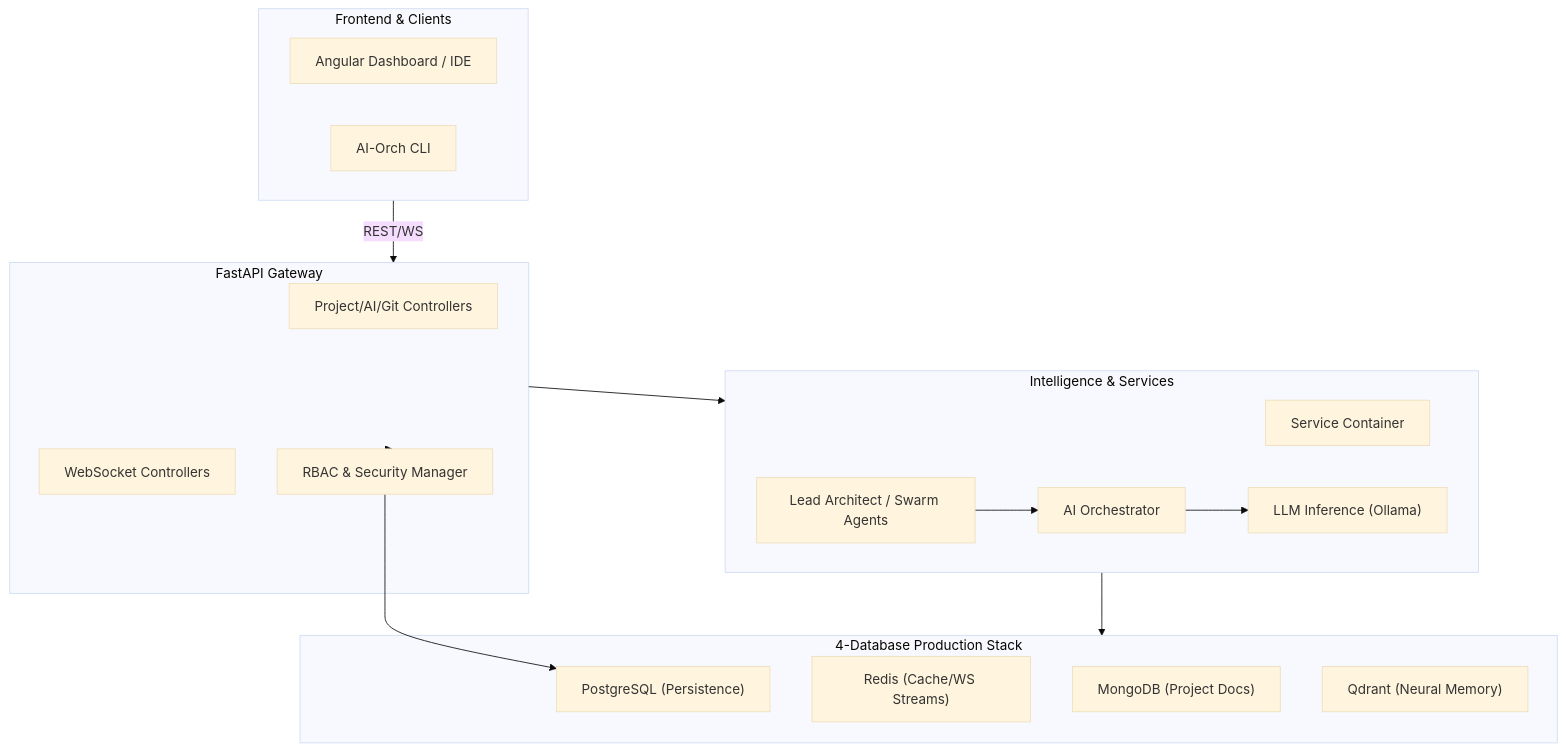
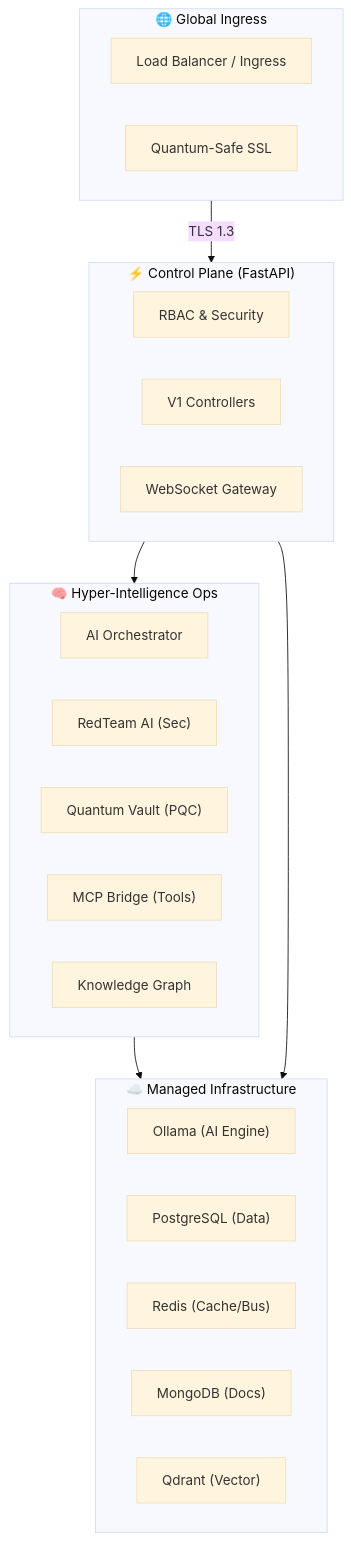
The diagram in README.md (MahmoudCalipso/ai-orchestrator), drawn with Mermaid (base theme) before and after one commit. The commit also changed other lines of this file and 12 other files, not shown here.

````diff
--- a/README.md
+++ b/README.md
@@ -16,35 +17,34 @@
 ```mermaid
 graph TD
-    subgraph Client_Layer["Frontend & Clients"]
-        UI["Angular Dashboard / IDE"]
-        CLI["AI-Orch CLI"]
+    subgraph Ingress_Layer["🌐 Global Ingress"]
+        LB["Load Balancer / Ingress"]
+        SSL["Quantum-Safe SSL"]
     end
 
-    subgraph API_Layer["FastAPI Gateway"]
-        CONT["Project/AI/Git Controllers"]
-        WS["WebSocket Controllers"]
-        SEC["RBAC & Security Manager"]
+    subgraph API_Layer["⚡ Control Plane (FastAPI)"]
+        AUTH["RBAC & Security"]
+        CONT["V1 Controllers"]
+        WS["WebSocket Gateway"]
     end
 
-    subgraph Logic_Layer["Intelligence & Services"]
-        CONTAINER["Service Container"]
+    subgraph Intelligence_Core["🧠 Hyper-Intelligence Ops"]
         ORCH["AI Orchestrator"]
-        SWARM["Lead Architect / Swarm Agents"]
-        MODELS["LLM Inference (Ollama)"]
+        RED["RedTeam AI (Sec)"]
+        QV["Quantum Vault (PQC)"]
+        MCP["MCP Bridge (Tools)"]
+        KG["Knowledge Graph"]
     end
 
-    subgraph Data_Layer["4-Database Production Stack"]
-        PG["PostgreSQL (Persistence)"]
-        REDIS["Redis (Cache/WS Streams)"]
-        MONGO["MongoDB (Project Docs)"]
-        QDRANT["Qdrant (Neural Memory)"]
+    subgraph Infrastructure_Layer["☁️ Managed Infrastructure"]
+        OLLAMA["Ollama (AI Engine)"]
+        PG["PostgreSQL (Data)"]
+        REDIS["Redis (Cache/Bus)"]
+        MONGO["MongoDB (Docs)"]
+        QDRANT["Qdrant (Vector)"]
     end
 
-    Client_Layer -->|REST/WS| API_Layer
-    API_Layer --> SEC
-    API_Layer --> Logic_Layer
-    SEC --> PG
-    Logic_Layer --> Data_Layer
-    ORCH --> MODELS
-    SWARM --> ORCH
+    Ingress_Layer -->|TLS 1.3| API_Layer
+    API_Layer --> Intelligence_Core
+    Intelligence_Core --> Infrastructure_Layer
+    API_Layer --> Infrastructure_Layer
 ```
````
